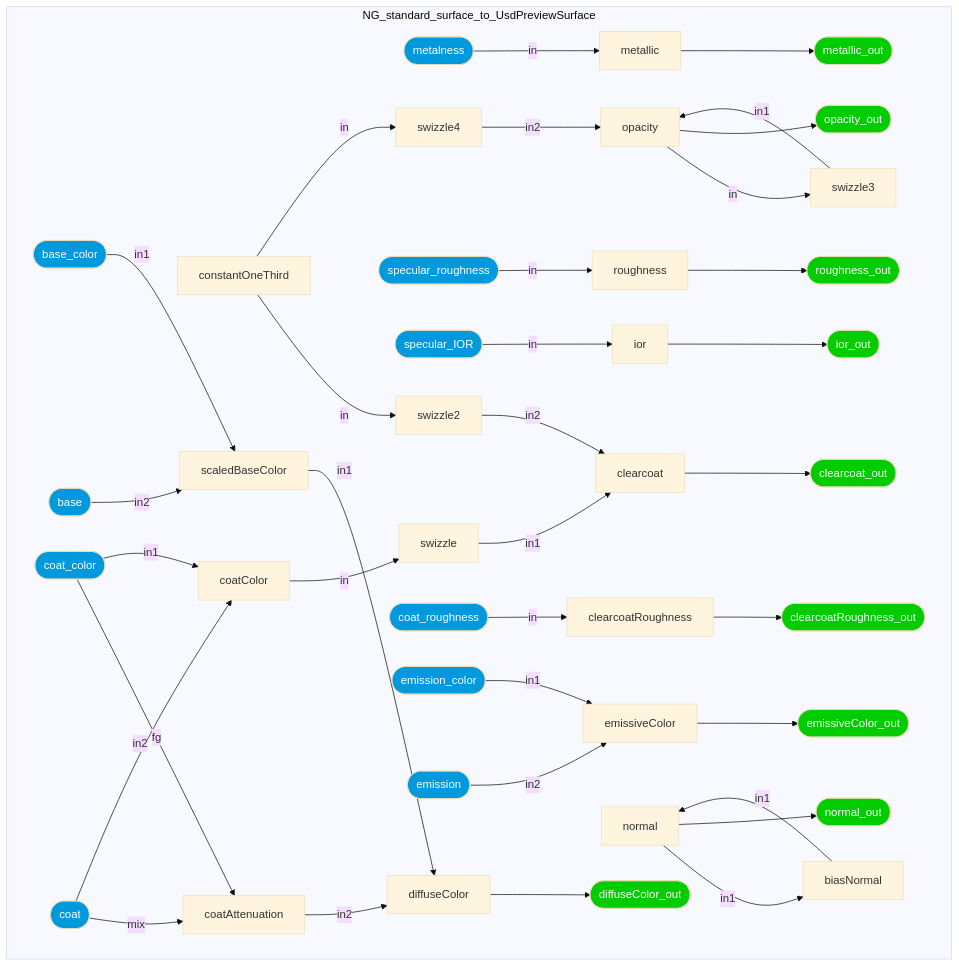
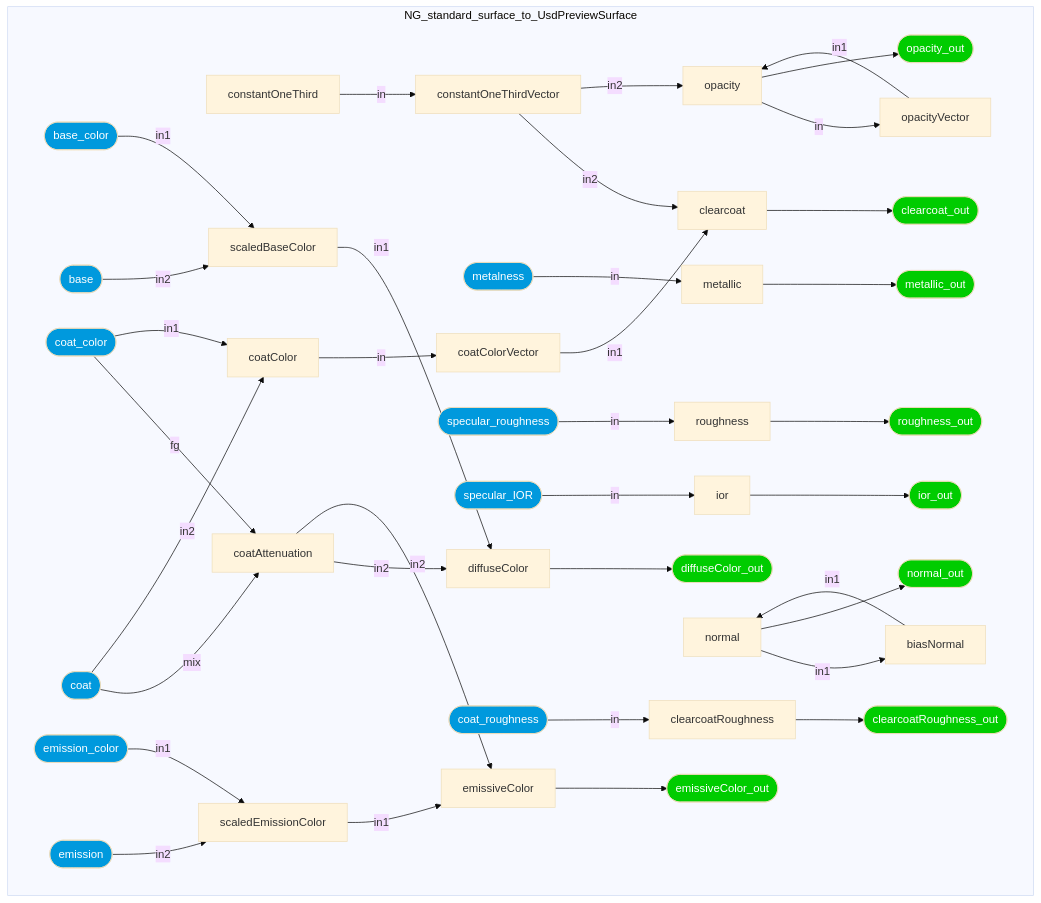
Diagram 43 of 43 in documents/definitions/bxdf_doc.md (kwokcb/MaterialX_Learn), drawn with Mermaid (base theme) before and after one commit. The commit also changed other lines of this file and 553 other files, not shown here.

```diff
--- a/documents/definitions/bxdf_doc.md
+++ b/documents/definitions/bxdf_doc.md
@@ -3459,6 +4692,7 @@
 graph TB
     subgraph NG_standard_surface_to_UsdPreviewSurface
     NG_standard_surface_to_UsdPreviewSurface_constantOneThird[constantOneThird]
+    NG_standard_surface_to_UsdPreviewSurface_constantOneThirdVector[constantOneThirdVector]
     NG_standard_surface_to_UsdPreviewSurface_metallic[metallic]
     NG_standard_surface_to_UsdPreviewSurface_scaledBaseColor[scaledBaseColor]
     NG_standard_surface_to_UsdPreviewSurface_coatAttenuation[coatAttenuation]
@@ -3466,13 +4700,12 @@
     NG_standard_surface_to_UsdPreviewSurface_roughness[roughness]
     NG_standard_surface_to_UsdPreviewSurface_ior[ior]
     NG_standard_surface_to_UsdPreviewSurface_coatColor[coatColor]
-    NG_standard_surface_to_UsdPreviewSurface_swizzle[swizzle]
-    NG_standard_surface_to_UsdPreviewSurface_swizzle2[swizzle2]
+    NG_standard_surface_to_UsdPreviewSurface_coatColorVector[coatColorVector]
     NG_standard_surface_to_UsdPreviewSurface_clearcoat[clearcoat]
     NG_standard_surface_to_UsdPreviewSurface_clearcoatRoughness[clearcoatRoughness]
+    NG_standard_surface_to_UsdPreviewSurface_scaledEmissionColor[scaledEmissionColor]
     NG_standard_surface_to_UsdPreviewSurface_emissiveColor[emissiveColor]
-    NG_standard_surface_to_UsdPreviewSurface_swizzle3[swizzle3]
-    NG_standard_surface_to_UsdPreviewSurface_swizzle4[swizzle4]
+    NG_standard_surface_to_UsdPreviewSurface_opacityVector[opacityVector]
     NG_standard_surface_to_UsdPreviewSurface_opacity[opacity]
     NG_standard_surface_to_UsdPreviewSurface_biasNormal[biasNormal]
     NG_standard_surface_to_UsdPreviewSurface_normal[normal]
@@ -3515,6 +4748,7 @@
     style NG_standard_surface_to_UsdPreviewSurface_emission  fill:#09D, color:#FFF
     NG_standard_surface_to_UsdPreviewSurface_emission([emission])
     end
+    NG_standard_surface_to_UsdPreviewSurface_constantOneThird --"in"--> NG_standard_surface_to_UsdPreviewSurface_constantOneThirdVector
     NG_standard_surface_to_UsdPreviewSurface_metalness --"in"--> NG_standard_surface_to_UsdPreviewSurface_metallic
     NG_standard_surface_to_UsdPreviewSurface_base_color --"in1"--> NG_standard_surface_to_UsdPreviewSurface_scaledBaseColor
     NG_standard_surface_to_UsdPreviewSurface_base --"in2"--> NG_standard_surface_to_UsdPreviewSurface_scaledBaseColor
@@ -3526,17 +4760,17 @@
     NG_standard_surface_to_UsdPreviewSurface_specular_IOR --"in"--> NG_standard_surface_to_UsdPreviewSurface_ior
     NG_standard_surface_to_UsdPreviewSurface_coat_color --"in1"--> NG_standard_surface_to_UsdPreviewSurface_coatColor
     NG_standard_surface_to_UsdPreviewSurface_coat --"in2"--> NG_standard_surface_to_UsdPreviewSurface_coatColor
-    NG_standard_surface_to_UsdPreviewSurface_coatColor --"in"--> NG_standard_surface_to_UsdPreviewSurface_swizzle
-    NG_standard_surface_to_UsdPreviewSurface_constantOneThird --"in"--> NG_standard_surface_to_UsdPreviewSurface_swizzle2
-    NG_standard_surface_to_UsdPreviewSurface_swizzle --"in1"--> NG_standard_surface_to_UsdPreviewSurface_clearcoat
-    NG_standard_surface_to_UsdPreviewSurface_swizzle2 --"in2"--> NG_standard_surface_to_UsdPreviewSurface_clearcoat
+    NG_standard_surface_to_UsdPreviewSurface_coatColor --"in"--> NG_standard_surface_to_UsdPreviewSurface_coatColorVector
+    NG_standard_surface_to_UsdPreviewSurface_coatColorVector --"in1"--> NG_standard_surface_to_UsdPreviewSurface_clearcoat
+    NG_standard_surface_to_UsdPreviewSurface_constantOneThirdVector --"in2"--> NG_standard_surface_to_UsdPreviewSurface_clearcoat
     NG_standard_surface_to_UsdPreviewSurface_coat_roughness --"in"--> NG_standard_surface_to_UsdPreviewSurface_clearcoatRoughness
-    NG_standard_surface_to_UsdPreviewSurface_emission_color --"in1"--> NG_standard_surface_to_UsdPreviewSurface_emissiveColor
-    NG_standard_surface_to_UsdPreviewSurface_emission --"in2"--> NG_standard_surface_to_UsdPreviewSurface_emissiveColor
-    NG_standard_surface_to_UsdPreviewSurface_opacity --"in"--> NG_standard_surface_to_UsdPreviewSurface_swizzle3
-    NG_standard_surface_to_UsdPreviewSurface_constantOneThird --"in"--> NG_standard_surface_to_UsdPreviewSurface_swizzle4
-    NG_standard_surface_to_UsdPreviewSurface_swizzle3 --"in1"--> NG_standard_surface_to_UsdPreviewSurface_opacity
-    NG_standard_surface_to_UsdPreviewSurface_swizzle4 --"in2"--> NG_standard_surface_to_UsdPreviewSurface_opacity
+    NG_standard_surface_to_UsdPreviewSurface_emission_color --"in1"--> NG_standard_surface_to_UsdPreviewSurface_scaledEmissionColor
+    NG_standard_surface_to_UsdPreviewSurface_emission --"in2"--> NG_standard_surface_to_UsdPreviewSurface_scaledEmissionColor
+    NG_standard_surface_to_UsdPreviewSurface_scaledEmissionColor --"in1"--> NG_standard_surface_to_UsdPreviewSurface_emissiveColor
+    NG_standard_surface_to_UsdPreviewSurface_coatAttenuation --"in2"--> NG_standard_surface_to_UsdPreviewSurface_emissiveColor
+    NG_standard_surface_to_UsdPreviewSurface_opacity --"in"--> NG_standard_surface_to_UsdPreviewSurface_opacityVector
+    NG_standard_surface_to_UsdPreviewSurface_opacityVector --"in1"--> NG_standard_surface_to_UsdPreviewSurface_opacity
+    NG_standard_surface_to_UsdPreviewSurface_constantOneThirdVector --"in2"--> NG_standard_surface_to_UsdPreviewSurface_opacity
     NG_standard_surface_to_UsdPreviewSurface_normal --"in1"--> NG_standard_surface_to_UsdPreviewSurface_biasNormal
     NG_standard_surface_to_UsdPreviewSurface_biasNormal --"in1"--> NG_standard_surface_to_UsdPreviewSurface_normal
     NG_standard_surface_to_UsdPreviewSurface_diffuseColor --> NG_standard_surface_to_UsdPreviewSurface_diffuseColor_out
```
